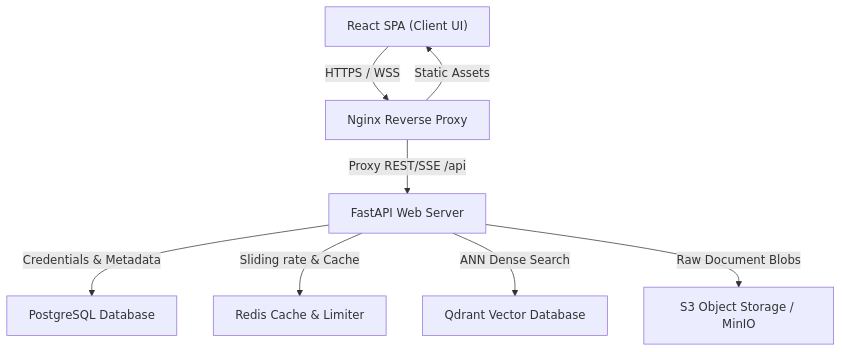
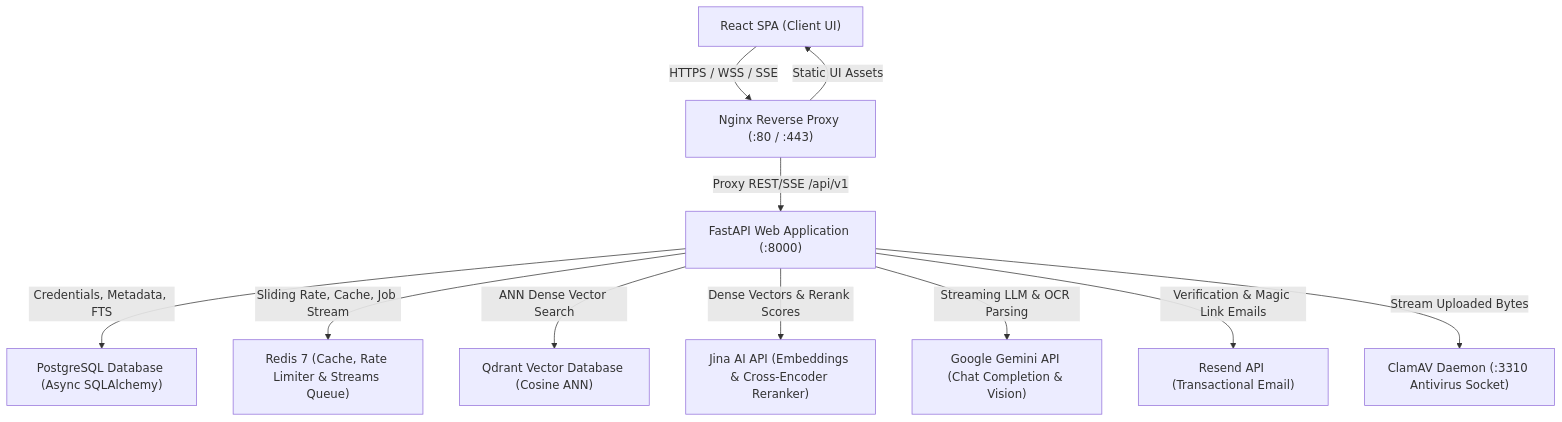
One commit to Satya-Naraharisetty/FusionRAG changed the first of 5 diagrams in ARCHITECTURE.md. Above: the diagram before and after it, drawn with Mermaid. The commit also changed other lines of this file and 6 other files, not shown here.

````diff
--- a/ARCHITECTURE.md
+++ b/ARCHITECTURE.md
@@ -11,18 +11,24 @@
 ```mermaid
 graph TD
     Browser["React SPA (Client UI)"]
-    Nginx["Nginx Reverse Proxy"]
-    FastAPI["FastAPI Web Server"]
-    Postgres["PostgreSQL Database"]
-    Redis["Redis Cache & Limiter"]
-    Qdrant["Qdrant Vector Database"]
-    S3["S3 Object Storage / MinIO"]
+    Nginx["Nginx Reverse Proxy (:80 / :443)"]
+    FastAPI["FastAPI Web Application (:8000)"]
+    Postgres["PostgreSQL Database (Async SQLAlchemy)"]
+    Redis["Redis 7 (Cache, Rate Limiter & Streams Queue)"]
+    Qdrant["Qdrant Vector Database (Cosine ANN)"]
+    Jina["Jina AI API (Embeddings & Cross-Encoder Reranker)"]
+    Gemini["Google Gemini API (Chat Completion & Vision)"]
+    Resend["Resend API (Transactional Email)"]
+    ClamAV["ClamAV Daemon (:3310 Antivirus Socket)"]
 
-    Browser -->|HTTPS / WSS| Nginx
-    Nginx -->|Static Assets| Browser
-    Nginx -->|Proxy REST/SSE /api| FastAPI
-    FastAPI -->|Credentials & Metadata| Postgres
-    FastAPI -->|Sliding rate & Cache| Redis
-    FastAPI -->|ANN Dense Search| Qdrant
-    FastAPI -->|Raw Document Blobs| S3
+    Browser -->|HTTPS / WSS / SSE| Nginx
+    Nginx -->|Static UI Assets| Browser
+    Nginx -->|Proxy REST/SSE /api/v1| FastAPI
+    FastAPI -->|Credentials, Metadata, FTS| Postgres
+    FastAPI -->|Sliding Rate, Cache, Job Stream| Redis
+    FastAPI -->|ANN Dense Vector Search| Qdrant
+    FastAPI -->|Dense Vectors & Rerank Scores| Jina
+    FastAPI -->|Streaming LLM & OCR Parsing| Gemini
+    FastAPI -->|Verification & Magic Link Emails| Resend
+    FastAPI -->|Stream Uploaded Bytes| ClamAV
 ```
````
